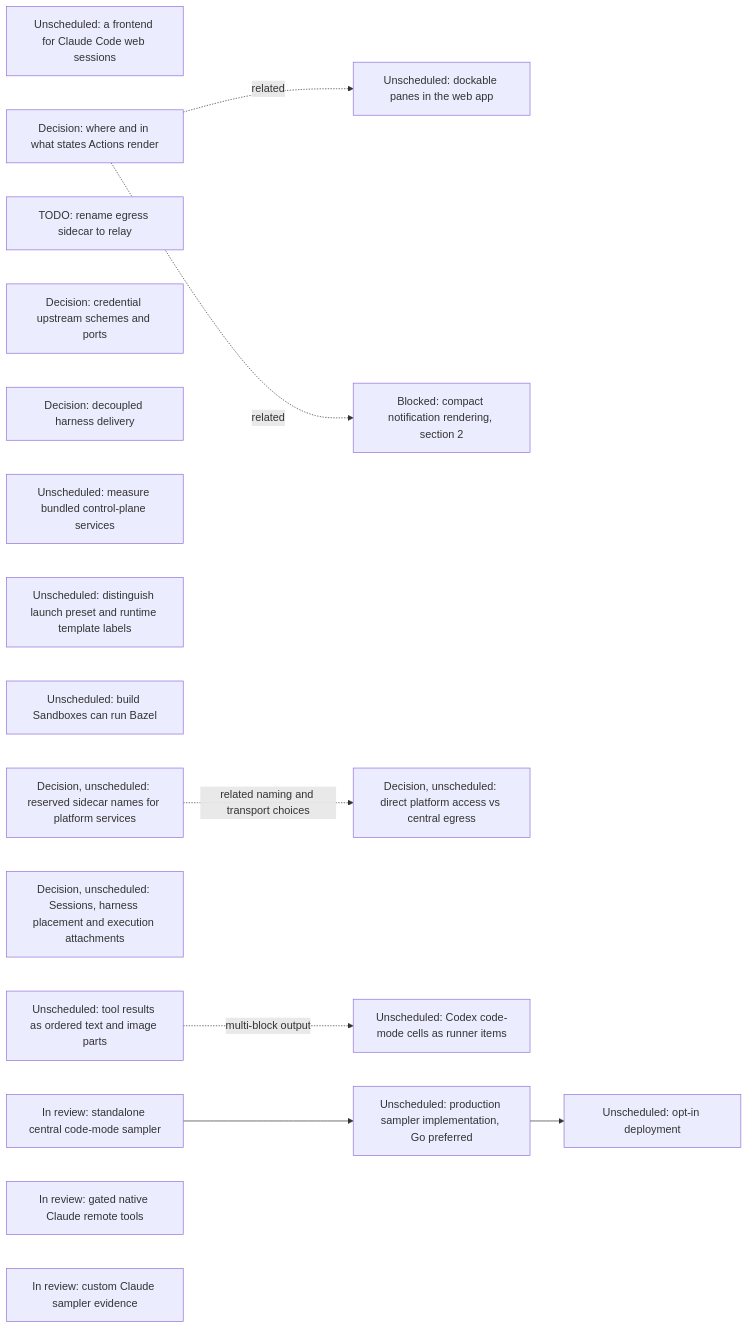
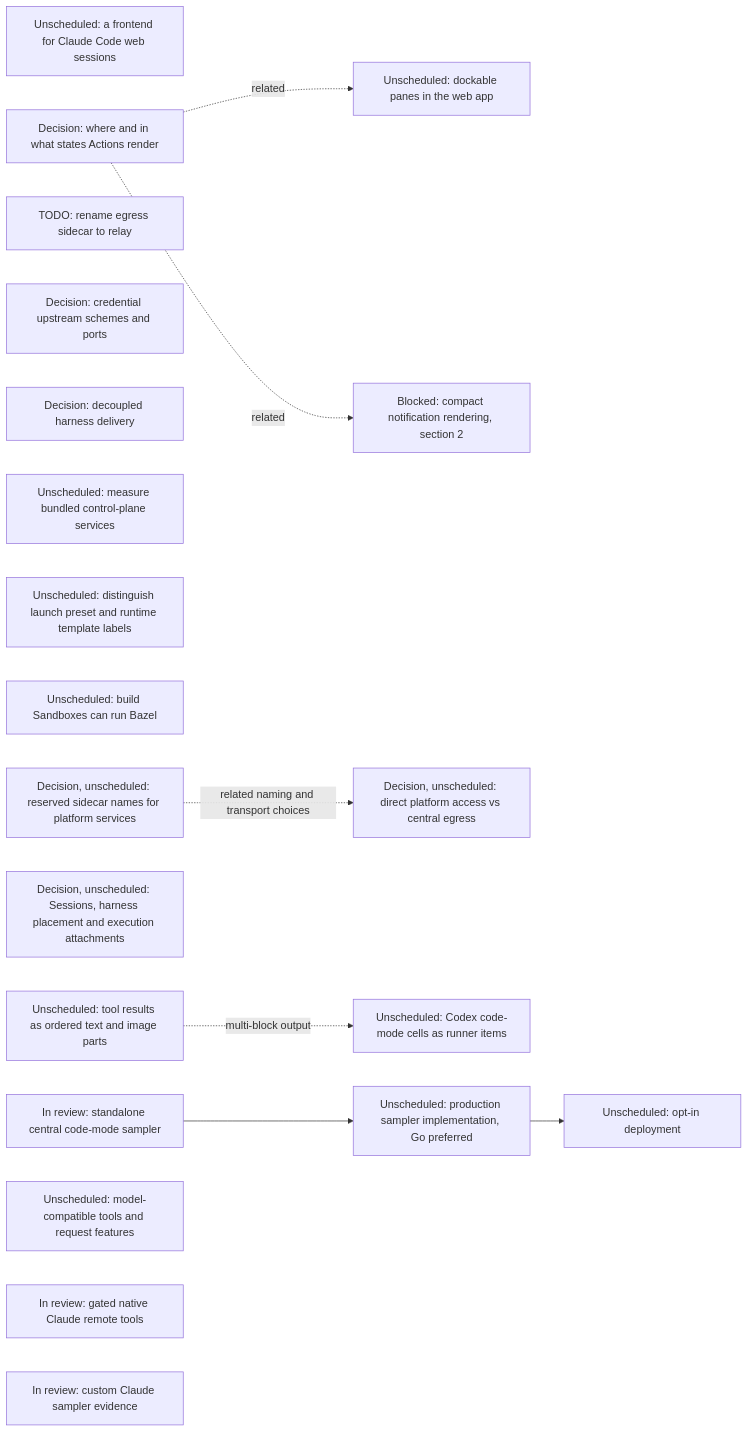
Before and after one commit to agentydragon-agent/ducktape: the sixth of 18 diagrams in agentplane/plans/task_dag.md, drawn with Mermaid. The commit also changed other lines of this file, not shown here.

First line of the commit message:
agentplane: plan sampler model capability support (#12928)

````diff
--- a/agentplane/plans/task_dag.md
+++ b/agentplane/plans/task_dag.md
@@ -550,26 +550,27 @@
 ```mermaid
 flowchart LR
     CLAUDE_CODE_WEB_BRIDGE[Unscheduled: a frontend for Claude Code web sessions]
     ACTION_SURFACES_DESIGN[Decision: where and in what states Actions render]
     EGRESS_RELAY_RENAME[TODO: rename egress sidecar to relay]
     EGRESS_CREDENTIAL_TRANSPORT_DESIGN[Decision: credential upstream schemes and ports]
     RUNNER_HARNESS_DELIVERY_DESIGN[Decision: decoupled harness delivery]
     K3S_BUNDLED_SERVICES_SPIKE[Unscheduled: measure bundled control-plane services]
     DOCKABLE_PANES[Unscheduled: dockable panes in the web app]
     ACTION_SURFACES_DESIGN -. related .-> DOCKABLE_PANES
     NOTIFICATION_PRESENTATION[Blocked: compact notification rendering, section 2]
     ACTION_SURFACES_DESIGN -. related .-> NOTIFICATION_PRESENTATION
     SANDBOX_FORM_TERMINOLOGY[Unscheduled: distinguish launch preset and runtime template labels]
     BUILD_BOX_BAZEL[Unscheduled: build Sandboxes can run Bazel]
     PLATFORM_SERVICE_NAMES_DESIGN[Decision, unscheduled: reserved sidecar names for platform services]
     PLATFORM_SERVICE_ROUTING_DESIGN[Decision, unscheduled: direct platform access vs central egress]
     PLATFORM_SERVICE_NAMES_DESIGN -. related naming and transport choices .-> PLATFORM_SERVICE_ROUTING_DESIGN
     SESSION_RUNTIME_MODEL_DESIGN[Decision, unscheduled: Sessions, harness placement and execution attachments]
     STRUCTURED_TOOL_OUTPUT[Unscheduled: tool results as ordered text and image parts]
     STRUCTURED_TOOL_OUTPUT -. multi-block output .-> CODEX_CODE_MODE_CELLS[Unscheduled: Codex code-mode cells as runner items]
     CENTRAL_SAMPLER_V1[In review: standalone central code-mode sampler]
     CENTRAL_SAMPLER_V1 --> CENTRAL_SAMPLER_PRODUCTION_IMPL[Unscheduled: production sampler implementation, Go preferred]
     CENTRAL_SAMPLER_PRODUCTION_IMPL --> CENTRAL_SAMPLER_DEPLOYMENT[Unscheduled: opt-in deployment]
+    CENTRAL_SAMPLER_MODEL_CAPABILITIES[Unscheduled: model-compatible tools and request features]
     CLAUDE_REMOTE_EXECUTION_SPIKE[In review: gated native Claude remote tools]
     CLAUDE_CUSTOM_SAMPLER[In review: custom Claude sampler evidence]
 ```
````
